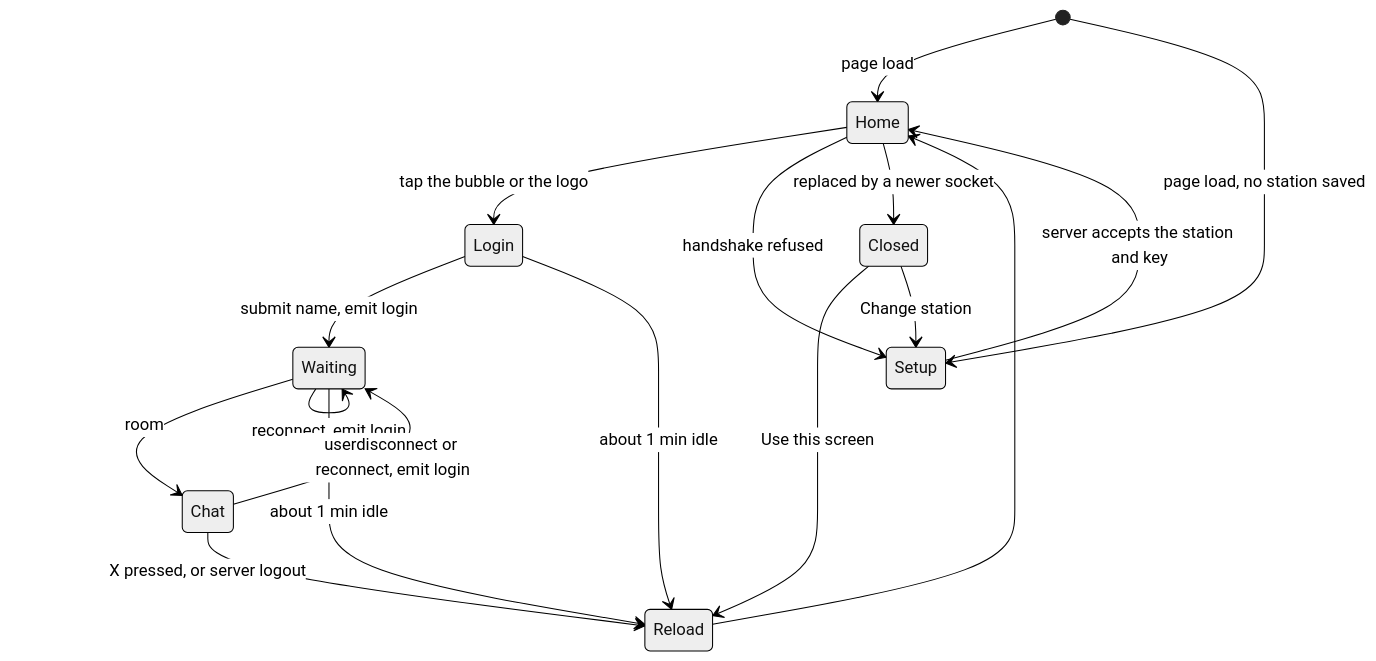
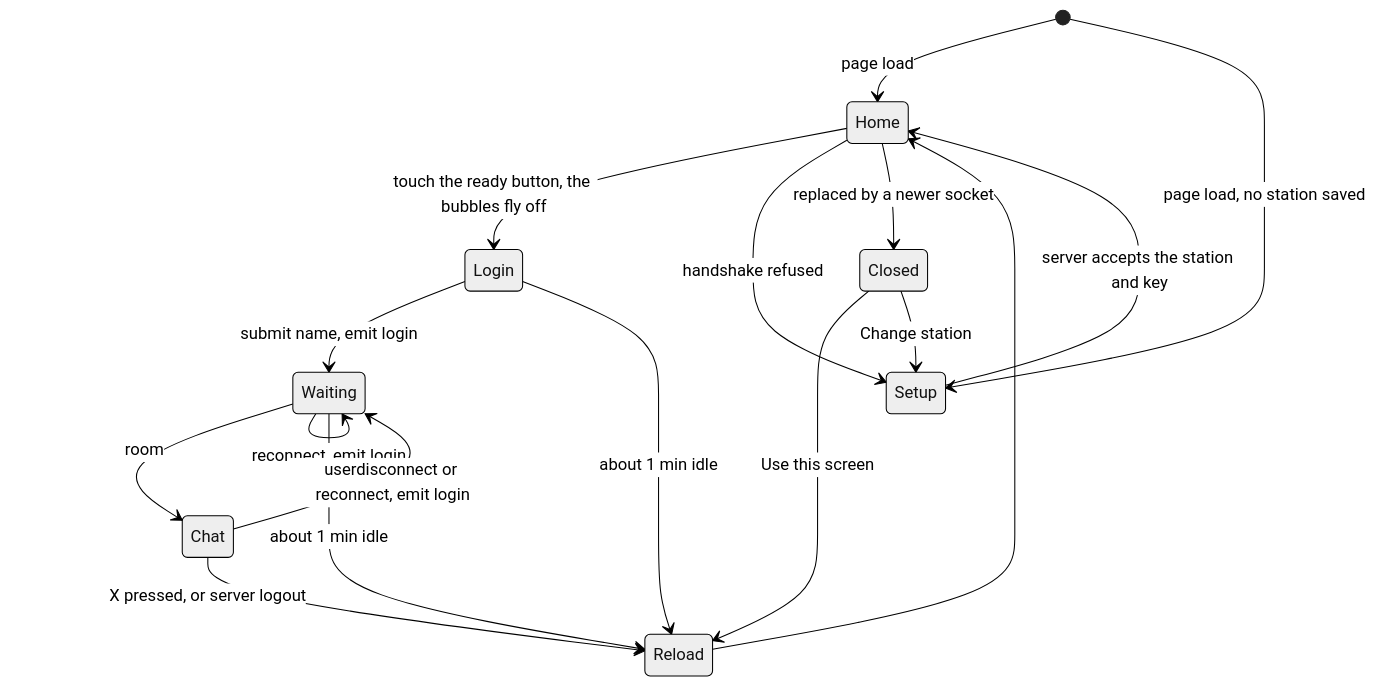
Before and after one commit to partyck/in-between-us: the second of 6 diagrams in architecture.md, drawn with Mermaid (neutral theme). The commit also changed other lines of this file and 6 other files, not shown here.

````diff
--- a/architecture.md
+++ b/architecture.md
@@ -119,19 +124,19 @@
 ```mermaid
 stateDiagram-v2
     [*] --> Home: page load
-    Home --> Login: tap the bubble or the logo
+    Home --> Login: touch the ready button, the bubbles fly off
     Login --> Waiting: submit name, emit login
     Waiting --> Chat: room
     Waiting --> Waiting: reconnect, emit login
     Chat --> Waiting: userdisconnect or reconnect, emit login
     Login --> Reload: about 1 min idle
     Waiting --> Reload: about 1 min idle
     Chat --> Reload: X pressed, or server logout
     Reload --> Home
     [*] --> Setup: page load, no station saved
     Setup --> Home: server accepts the station and key
     Home --> Setup: handshake refused
     Home --> Closed: replaced by a newer socket
     Closed --> Reload: Use this screen
     Closed --> Setup: Change station
 ```
````
